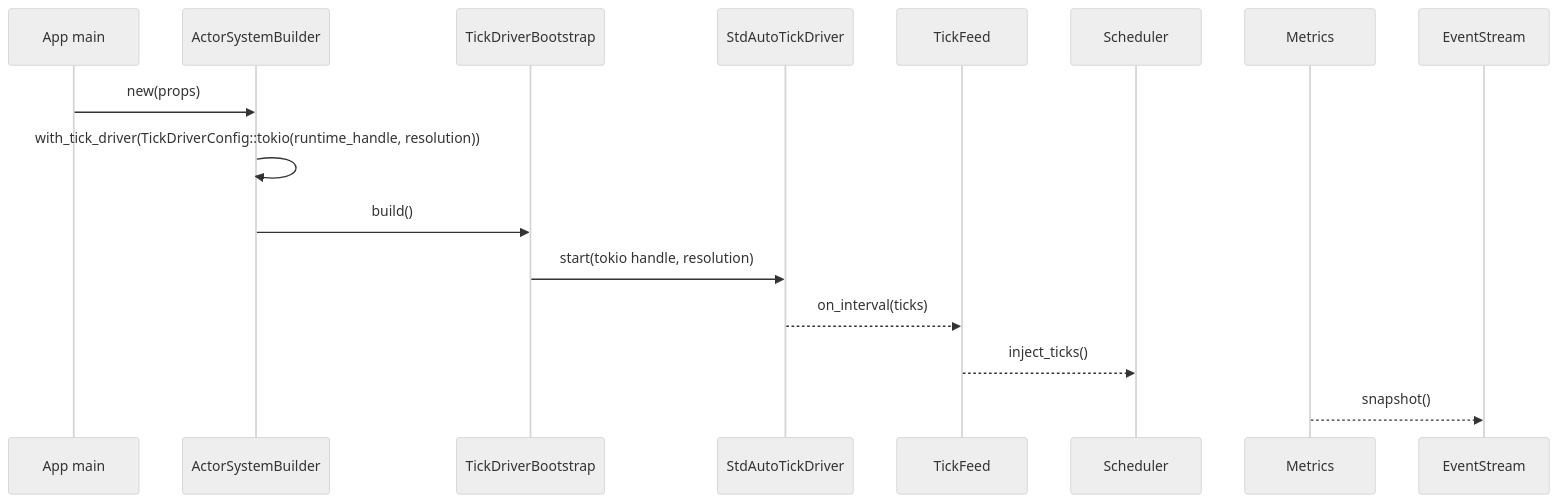
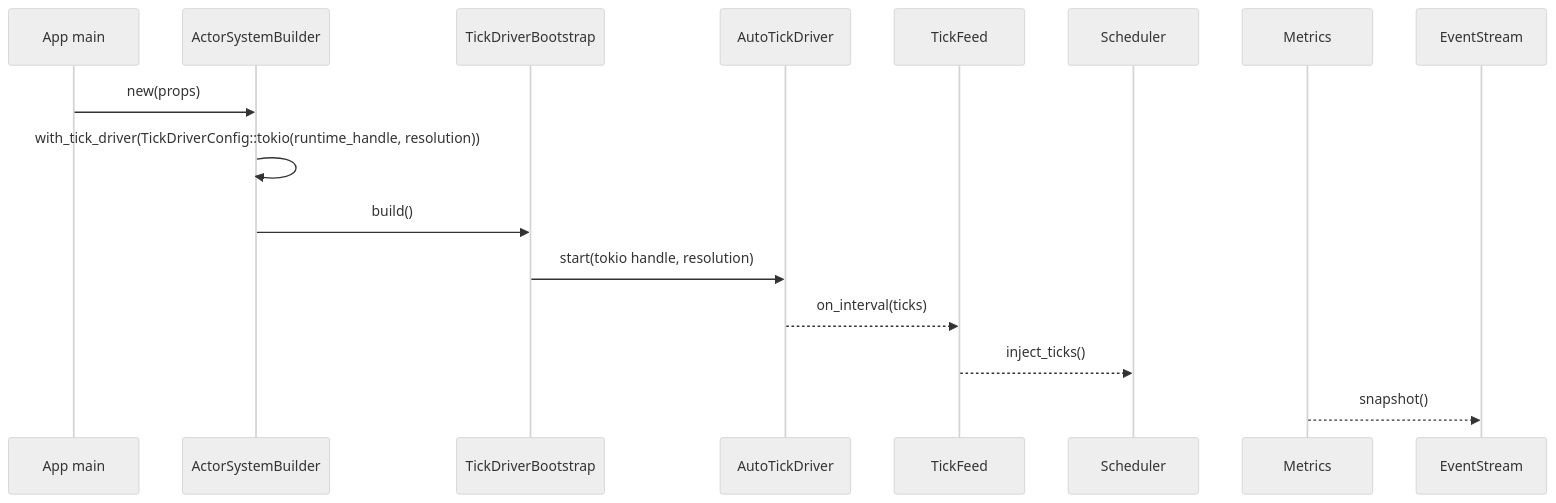
Before and after one commit to j5ik2o/fraktor-rs: the third of 4 diagrams in .kiro/specs/scheduler-tick-driver-integration/design.md, drawn with Mermaid (neutral theme). The commit also changed other lines of this file, not shown here.

Commit message:
feat: update design documentation for TickDriver and rename StdAutoTickDriver to AutoTickDriver

````diff
--- a/.kiro/specs/scheduler-tick-driver-integration/design.md
+++ b/.kiro/specs/scheduler-tick-driver-integration/design.md
@@ -88,16 +148,16 @@
 ```mermaid
 sequenceDiagram
   participant App as App main
   participant Builder as ActorSystemBuilder
   participant Bootstrap as TickDriverBootstrap
-  participant Driver as StdAutoTickDriver
+  participant Driver as AutoTickDriver
   participant Feed as TickFeed
   participant Scheduler as Scheduler
   App->>Builder: new(props)
   Builder->>Builder: with_tick_driver(TickDriverConfig::tokio(runtime_handle, resolution))
   Builder->>Bootstrap: build()
   Bootstrap->>Driver: start(tokio handle, resolution)
   Driver-->>Feed: on_interval(ticks)
   Feed-->>Scheduler: inject_ticks()
   Metrics-->>EventStream: snapshot()
 ```
````
